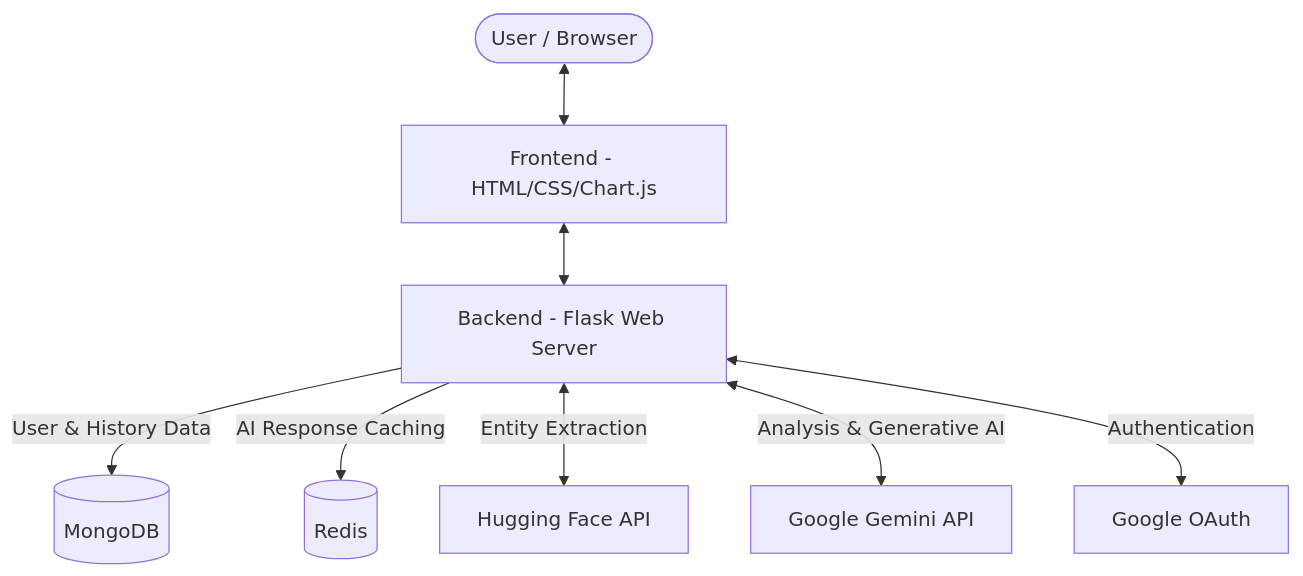
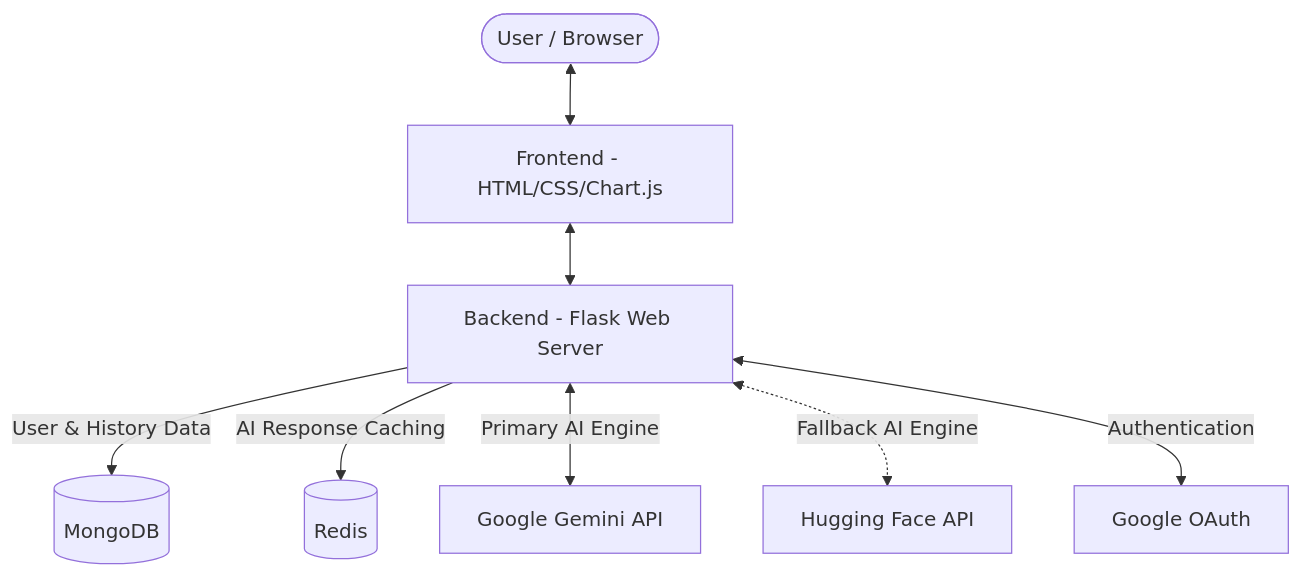
The diagram in README.md (PremalBhagat2005/Resume_analyserV2), drawn with Mermaid before and after one commit. The commit also changed other lines of this file and 6 other files, not shown here.

Commit message:
Added HuggingFace fallback if Gemini fails

````diff
--- a/README.md
+++ b/README.md
@@ -113,12 +115,12 @@
 ```mermaid
 graph TD
     A([User / Browser]) <--> B[Frontend - HTML/CSS/Chart.js]
     B <--> C[Backend - Flask Web Server]
     
     C -->|User & History Data| D[(MongoDB)]
     C -->|AI Response Caching| E[(Redis)]
     
-    C <-->|Entity Extraction| F[Hugging Face API]
-    C <-->|Analysis & Generative AI| G[Google Gemini API]
+    C <-->|Primary AI Engine| G[Google Gemini API]
+    C <-.->|Fallback AI Engine| F[Hugging Face API]
     C <-->|Authentication| H[Google OAuth]
 ```
````
